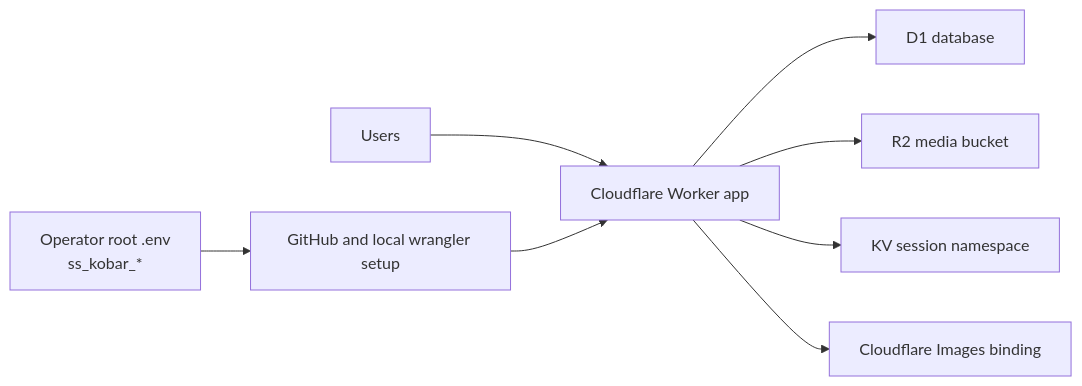
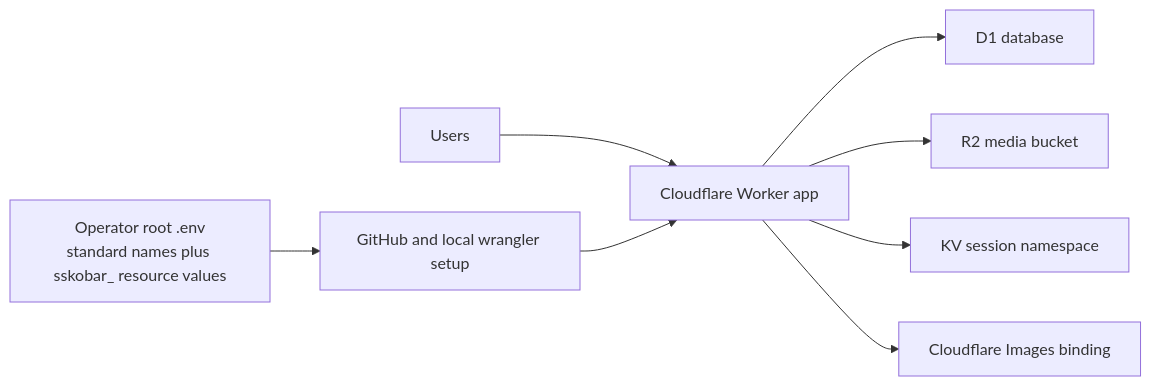
One commit to ahliweb/satusehatkobar changed the diagram in docs/deployment/cloudflare.md. Above: the diagram before and after it, drawn with Mermaid. The commit also changed other lines of this file and 12 other files, not shown here.

````diff
--- a/docs/deployment/cloudflare.md
+++ b/docs/deployment/cloudflare.md
@@ -11,10 +11,10 @@
 ```mermaid
 flowchart LR
     U[Users] --> W[Cloudflare Worker app]
     W --> D[D1 database]
     W --> R[R2 media bucket]
     W --> K[KV session namespace]
     W --> I[Cloudflare Images binding]
-    O[Operator root .env\nss_kobar_*] --> G[GitHub and local wrangler setup]
+    O[Operator root .env\nstandard names plus sskobar_ resource values] --> G[GitHub and local wrangler setup]
     G --> W
 ```
````
